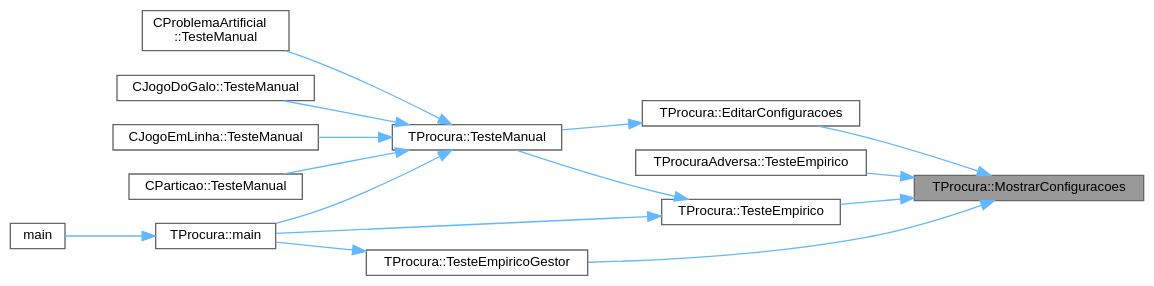
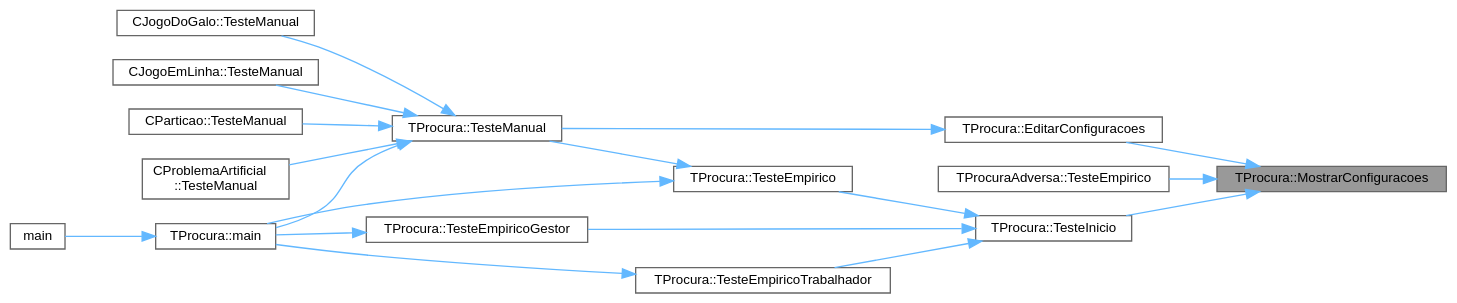
One commit to jcoelho72/TProcura changed the diagram in classTProcura_a3332047124784be2fc7af575a5f7f8b5_icgraph.dot. Above: the diagram before and after it, drawn with Graphviz. The commit also changed 238 other files, not shown here.

```diff
--- a/classTProcura_a3332047124784be2fc7af575a5f7f8b5_icgraph.dot
+++ b/classTProcura_a3332047124784be2fc7af575a5f7f8b5_icgraph.dot
@@ -1,34 +1,39 @@
 digraph "TProcura::MostrarConfiguracoes"
 {
  // LATEX_PDF_SIZE
   bgcolor="transparent";
   edge [fontname=Helvetica,fontsize=10,labelfontname=Helvetica,labelfontsize=10];
   node [fontname=Helvetica,fontsize=10,shape=box,height=0.2,width=0.4];
   rankdir="RL";
   Node1 [id="Node000001",label="TProcura::MostrarConfiguracoes",height=0.2,width=0.4,color="gray40", fillcolor="grey60", style="filled", fontcolor="black",tooltip="Mostra as configurações disponíveis."];
   Node1 -> Node2 [id="edge1_Node000001_Node000002",dir="back",color="steelblue1",style="solid",tooltip=" "];
   Node2 [id="Node000002",label="TProcura::EditarConfiguracoes",height=0.2,width=0.4,color="grey40", fillcolor="white", style="filled",URL="$classTProcura.html#ae559b54c7ff363280df914fec988794f",tooltip="Permite ao utilizador editar as configurações."];
   Node2 -> Node3 [id="edge2_Node000002_Node000003",dir="back",color="steelblue1",style="solid",tooltip=" "];
   Node3 [id="Node000003",label="TProcura::TesteManual",height=0.2,width=0.4,color="grey40", fillcolor="white", style="filled",URL="$classTProcura.html#a5fdf4e8f76e59eb83fbc274fa61e34af",tooltip="Inicializa a interação com o utilizador."];
   Node3 -> Node4 [id="edge3_Node000003_Node000004",dir="back",color="steelblue1",style="solid",tooltip=" "];
   Node4 [id="Node000004",label="TProcura::main",height=0.2,width=0.4,color="grey40", fillcolor="white", style="filled",URL="$classTProcura.html#aad1499e49cf6757569aeabd9c3fb2a8c",tooltip="Inicializa a interação com o utilizador."];
   Node4 -> Node5 [id="edge4_Node000004_Node000005",dir="back",color="steelblue1",style="solid",tooltip=" "];
   Node5 [id="Node000005",label="main",height=0.2,width=0.4,color="grey40", fillcolor="white", style="filled",URL="$Adversa_2Teste_2teste_8cpp.html#a0ddf1224851353fc92bfbff6f499fa97",tooltip=" "];
   Node3 -> Node6 [id="edge5_Node000003_Node000006",dir="back",color="steelblue1",style="solid",tooltip=" "];
   Node6 [id="Node000006",label="CJogoDoGalo::TesteManual",height=0.2,width=0.4,color="grey40", fillcolor="white", style="filled",URL="$classCJogoDoGalo.html#a113984a3801a93ebce61e0a700a413ab",tooltip="Inicializa a interação com o utilizador."];
   Node3 -> Node7 [id="edge6_Node000003_Node000007",dir="back",color="steelblue1",style="solid",tooltip=" "];
   Node7 [id="Node000007",label="CJogoEmLinha::TesteManual",height=0.2,width=0.4,color="grey40", fillcolor="white", style="filled",URL="$classCJogoEmLinha.html#ad289e94136b44c9e3e942acf64ff0449",tooltip="Inicializa a interação com o utilizador."];
   Node3 -> Node8 [id="edge7_Node000003_Node000008",dir="back",color="steelblue1",style="solid",tooltip=" "];
   Node8 [id="Node000008",label="CParticao::TesteManual",height=0.2,width=0.4,color="grey40", fillcolor="white", style="filled",URL="$classCParticao.html#aa4d328b9944991f3fc52ce0726111865",tooltip="Inicializa a interação com o utilizador."];
   Node3 -> Node9 [id="edge8_Node000003_Node000009",dir="back",color="steelblue1",style="solid",tooltip=" "];
   Node9 [id="Node000009",label="CProblemaArtificial\l::TesteManual",height=0.2,width=0.4,color="grey40", fillcolor="white", style="filled",URL="$classCProblemaArtificial.html#abaad629eb538177261df40e1e27e92ed",tooltip="Inicializa a interação com o utilizador."];
   Node1 -> Node10 [id="edge9_Node000001_Node000010",dir="back",color="steelblue1",style="solid",tooltip=" "];
   Node10 [id="Node000010",label="TProcuraAdversa::TesteEmpirico",height=0.2,width=0.4,color="grey40", fillcolor="white", style="filled",URL="$classTProcuraAdversa.html#abe15e86c2a11e584764a2b80ddab10cb",tooltip="Executa testes empíricos, em todas as configurações guardadas, nas instâncias selecionadas."];
   Node1 -> Node11 [id="edge10_Node000001_Node000011",dir="back",color="steelblue1",style="solid",tooltip=" "];
-  Node11 [id="Node000011",label="TProcura::TesteEmpirico",height=0.2,width=0.4,color="grey40", fillcolor="white", style="filled",URL="$classTProcura.html#ae98922e2f7f8bb6e487af0a1e4f84336",tooltip="Executa testes empíricos, em todas as configurações guardadas, nas instâncias selecionadas."];
-  Node11 -> Node4 [id="edge11_Node000011_Node000004",dir="back",color="steelblue1",style="solid",tooltip=" "];
-  Node11 -> Node3 [id="edge12_Node000011_Node000003",dir="back",color="steelblue1",style="solid",tooltip=" "];
-  Node1 -> Node12 [id="edge13_Node000001_Node000012",dir="back",color="steelblue1",style="solid",tooltip=" "];
-  Node12 [id="Node000012",label="TProcura::TesteEmpiricoGestor",height=0.2,width=0.4,color="grey40", fillcolor="white", style="filled",URL="$classTProcura.html#afd7217164b5ffce15f1949138f469fdb",tooltip="Teste empírico com modo mestre-escravo (este é o mestre)"];
-  Node12 -> Node4 [id="edge14_Node000012_Node000004",dir="back",color="steelblue1",style="solid",tooltip=" "];
+  Node11 [id="Node000011",label="TProcura::TesteInicio",height=0.2,width=0.4,color="grey40", fillcolor="white", style="filled",URL="$classTProcura.html#a577697338460038138738e87157166af",tooltip="arranque de teste, auxiliar aos Testes Empíricos"];
+  Node11 -> Node12 [id="edge11_Node000011_Node000012",dir="back",color="steelblue1",style="solid",tooltip=" "];
+  Node12 [id="Node000012",label="TProcura::TesteEmpirico",height=0.2,width=0.4,color="grey40", fillcolor="white", style="filled",URL="$classTProcura.html#ae98922e2f7f8bb6e487af0a1e4f84336",tooltip="Executa testes empíricos, em todas as configurações guardadas, nas instâncias selecionadas."];
+  Node12 -> Node4 [id="edge12_Node000012_Node000004",dir="back",color="steelblue1",style="solid",tooltip=" "];
+  Node12 -> Node3 [id="edge13_Node000012_Node000003",dir="back",color="steelblue1",style="solid",tooltip=" "];
+  Node11 -> Node13 [id="edge14_Node000011_Node000013",dir="back",color="steelblue1",style="solid",tooltip=" "];
+  Node13 [id="Node000013",label="TProcura::TesteEmpiricoGestor",height=0.2,width=0.4,color="grey40", fillcolor="white", style="filled",URL="$classTProcura.html#afd7217164b5ffce15f1949138f469fdb",tooltip="Teste empírico com modo mestre-escravo (este é o mestre)"];
+  Node13 -> Node4 [id="edge15_Node000013_Node000004",dir="back",color="steelblue1",style="solid",tooltip=" "];
+  Node11 -> Node14 [id="edge16_Node000011_Node000014",dir="back",color="steelblue1",style="solid",tooltip=" "];
+  Node14 [id="Node000014",label="TProcura::TesteEmpiricoTrabalhador",height=0.2,width=0.4,color="grey40", fillcolor="white", style="filled",URL="$classTProcura.html#a1b444fbb9aa1d6bf3df277df3f289587",tooltip="Teste empírico com modo mestre-escravo (este é o escravo)"];
+  Node14 -> Node4 [id="edge17_Node000014_Node000004",dir="back",color="steelblue1",style="solid",tooltip=" "];
 }
```
